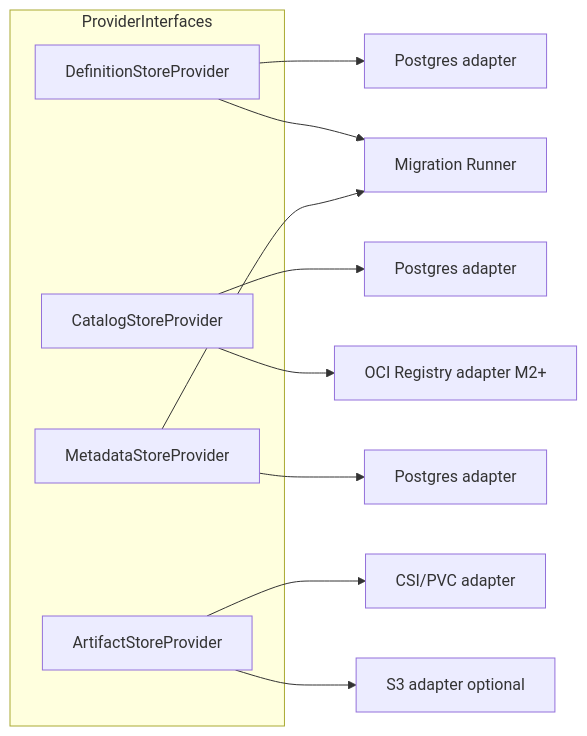
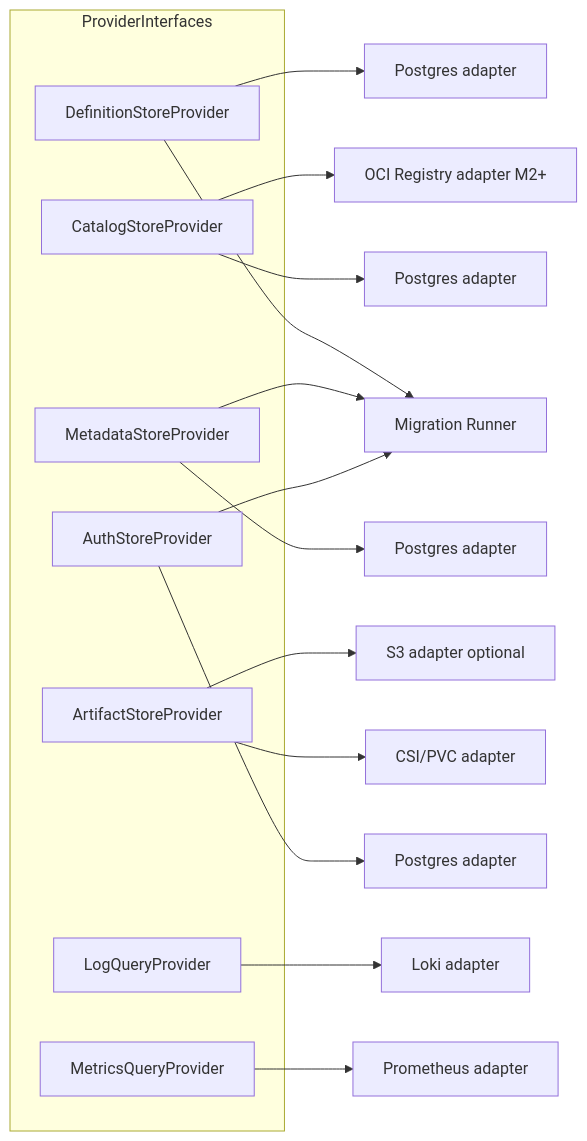
One commit to toddysm/custos changed the sixth of 7 diagrams in design/architecture/components.md. Above: the diagram before and after it, drawn with Mermaid. The commit also changed other lines of this file and 8 other files, not shown here.

First line of the commit message:
design(architecture): bucket A alignment

````diff
--- a/design/architecture/components.md
+++ b/design/architecture/components.md
@@ -129,17 +129,24 @@
 ```mermaid
 graph LR
     subgraph ProviderInterfaces
         DefIfc[DefinitionStoreProvider]
         CatIfc[CatalogStoreProvider]
         MetaIfc[MetadataStoreProvider]
         ArtIfc[ArtifactStoreProvider]
+        AuthIfc[AuthStoreProvider]
+        LogQIfc[LogQueryProvider]
+        MetricsQIfc[MetricsQueryProvider]
     end
     DefIfc --> PgDef[Postgres adapter]
     CatIfc --> PgCat[Postgres adapter]
     CatIfc --> OciCat[OCI Registry adapter M2+]
     MetaIfc --> PgMeta[Postgres adapter]
     ArtIfc --> CSI[CSI/PVC adapter]
     ArtIfc --> S3[S3 adapter optional]
+    AuthIfc --> PgAuth[Postgres adapter]
+    LogQIfc --> Loki[Loki adapter]
+    MetricsQIfc --> Prom[Prometheus adapter]
     DefIfc --> Mig[Migration Runner]
     MetaIfc --> Mig
+    AuthIfc --> Mig
 ```
````
